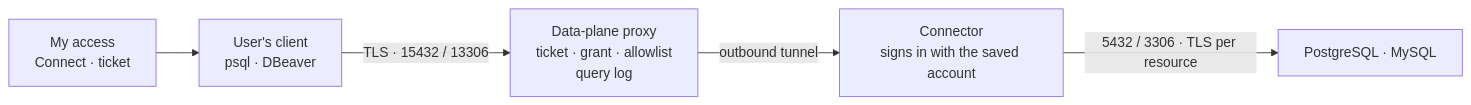
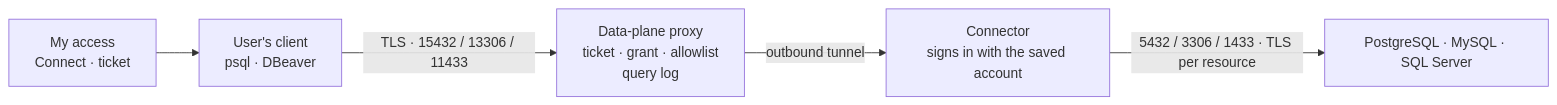
One commit to captivo-io/captivo-access changed the seventh of 8 diagrams in docs/how-it-works.md. Above: the diagram before and after it, drawn with Mermaid. The commit also changed other lines of this file and 38 other files, not shown here.

First line of the commit message:
feat(database): SQL Server resources

````diff
--- a/docs/how-it-works.md
+++ b/docs/how-it-works.md
@@ -592,7 +595,7 @@
 ```mermaid
 flowchart LR
     F["My access<br/>Connect · ticket"] --> C["User's client<br/>psql · DBeaver"]
-    C -->|"TLS · 15432 / 13306"| D["Data-plane proxy<br/>ticket · grant · allowlist<br/>query log"]
+    C -->|"TLS · 15432 / 13306 / 11433"| D["Data-plane proxy<br/>ticket · grant · allowlist<br/>query log"]
     D -->|outbound tunnel| CN["Connector<br/>signs in with the saved account"]
-    CN -->|"5432 / 3306 · TLS per resource"| S["PostgreSQL · MySQL"]
+    CN -->|"5432 / 3306 / 1433 · TLS per resource"| S["PostgreSQL · MySQL · SQL Server"]
 ```
````
